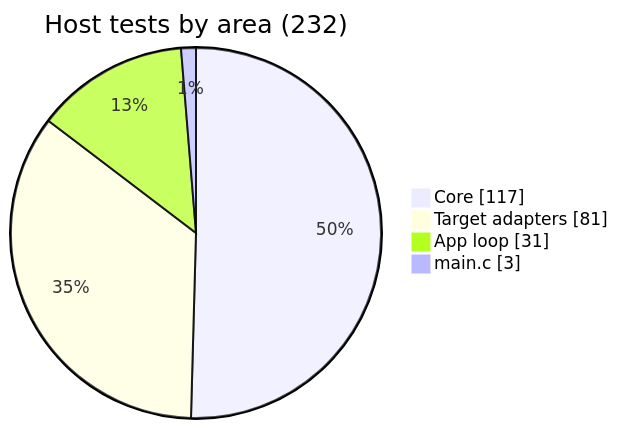
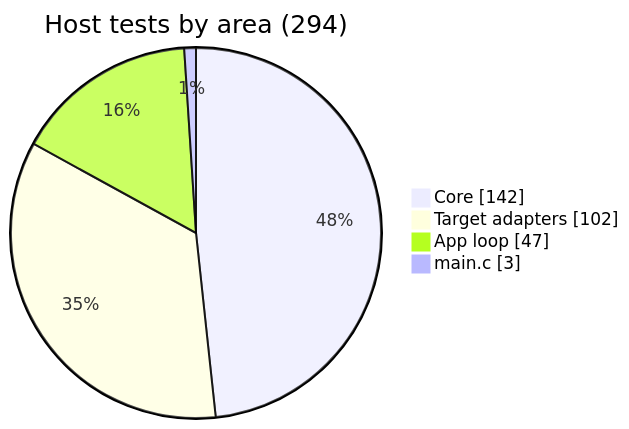
Before and after one commit to BonelessPig/nano_sequencer: diagram 20 of 23 in docs/ARCHITECTURE.md, drawn with Mermaid. The commit also changed other lines of this file and 39 other files, not shown here.

````diff
--- a/docs/ARCHITECTURE.md
+++ b/docs/ARCHITECTURE.md
@@ -710,8 +835,8 @@
 ```mermaid
 pie showData
-    title Host tests by area (232)
-    "Core" : 117
-    "Target adapters" : 81
-    "App loop" : 31
+    title Host tests by area (294)
+    "Core" : 142
+    "Target adapters" : 102
+    "App loop" : 47
     "main.c" : 3
 ```
````
